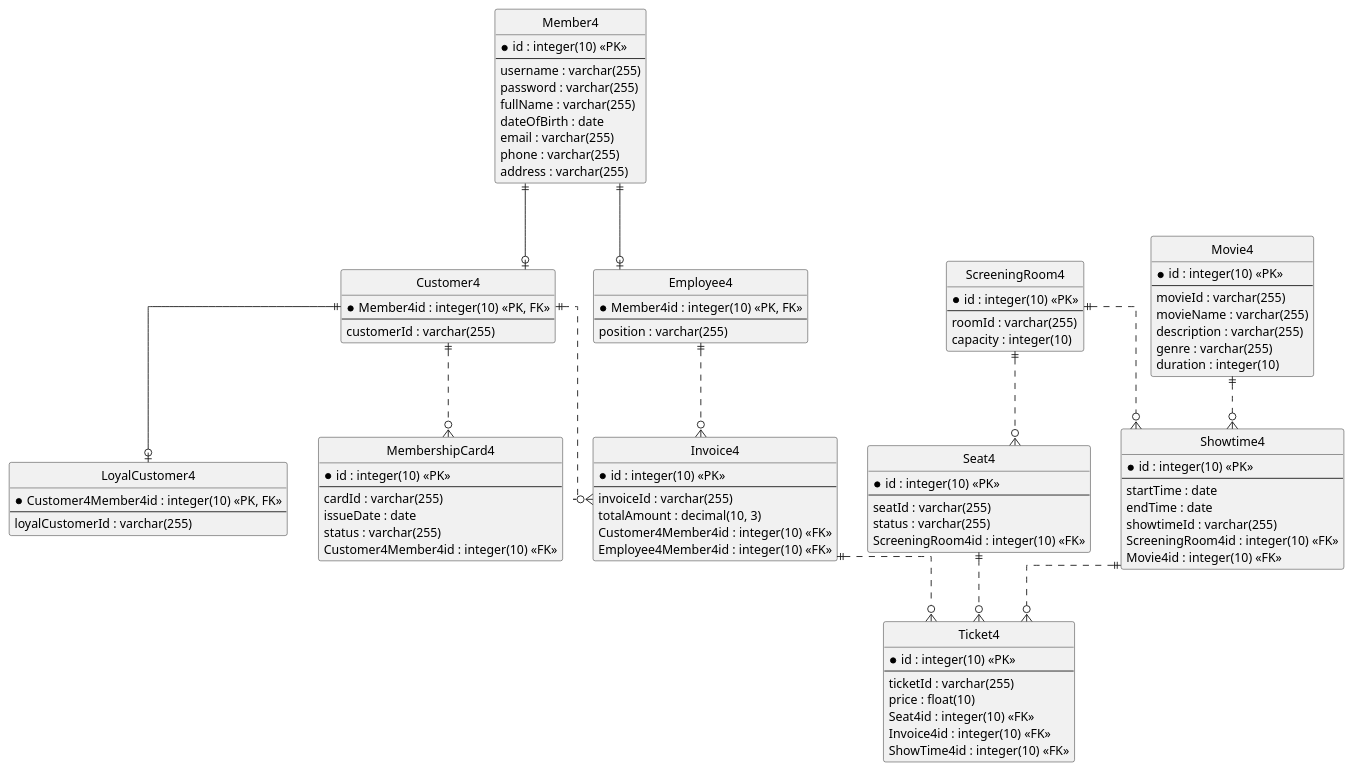
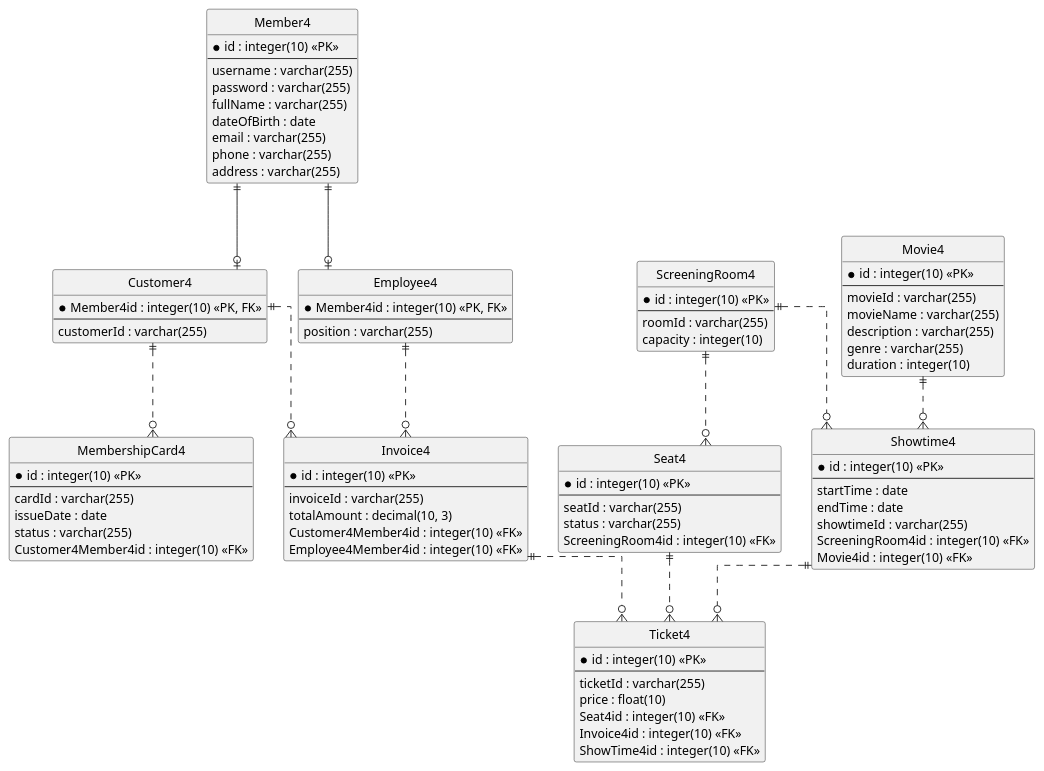
One commit to hnam584/CineMan_13 changed the diagram in PTTK/cosodulieu.puml. Above: the diagram before and after it, drawn with PlantUML. The commit also changed 40 other files, not shown here.

```diff
--- a/PTTK/cosodulieu.puml
+++ b/PTTK/cosodulieu.puml
@@ -1,100 +1,94 @@
 @startuml
 hide circle
 skinparam linetype ortho
 
 entity Member4 {
   * id : integer(10) <<PK>>
   --
   username : varchar(255)
   password : varchar(255)
   fullName : varchar(255)
   dateOfBirth : date
   email : varchar(255)
   phone : varchar(255)
   address : varchar(255)
 }
 entity Customer4 {
   * Member4id : integer(10) <<PK, FK>>
   --
   customerId : varchar(255)
-}
-entity LoyalCustomer4 {
-  * Customer4Member4id : integer(10) <<PK, FK>>
-  --
-  loyalCustomerId : varchar(255)
 }
 entity MembershipCard4 {
   * id : integer(10) <<PK>>
   --
   cardId : varchar(255)
   issueDate : date
   status : varchar(255)
   Customer4Member4id : integer(10) <<FK>>
 }
 entity Employee4 {
   * Member4id : integer(10) <<PK, FK>>
   --
   position : varchar(255)
 }
 entity Movie4 {
   * id : integer(10) <<PK>>
   --
   movieId : varchar(255)
   movieName : varchar(255)
   description : varchar(255)
   genre : varchar(255)
   duration : integer(10)
 }
 entity ScreeningRoom4 {
   * id : integer(10) <<PK>>
   --
   roomId : varchar(255)
   capacity : integer(10)
 }
 entity Seat4 {
   * id : integer(10) <<PK>>
   --
   seatId : varchar(255)
   status : varchar(255)
   ScreeningRoom4id : integer(10) <<FK>>
 }
 entity Showtime4 {
   * id : integer(10) <<PK>>
   --
   startTime : date
   endTime : date
   showtimeId : varchar(255)
   ScreeningRoom4id : integer(10) <<FK>>
   Movie4id : integer(10) <<FK>>
 }
 entity Ticket4 {
   * id : integer(10) <<PK>>
   --
   ticketId : varchar(255)
   price : float(10)
   Seat4id : integer(10) <<FK>>
   Invoice4id : integer(10) <<FK>>
   ShowTime4id : integer(10) <<FK>>
 }
 entity Invoice4 {
   * id : integer(10) <<PK>>
   --
   invoiceId : varchar(255)
   totalAmount : decimal(10, 3)
   Customer4Member4id : integer(10) <<FK>>
   Employee4Member4id : integer(10) <<FK>>
 }
 
 Member4 ||--o| Customer4
 Member4 ||--o| Employee4
-Customer4 ||--o| LoyalCustomer4
 Customer4 ||..o{ MembershipCard4
 ScreeningRoom4 ||..o{ Showtime4
 ScreeningRoom4 ||..o{ Seat4
 Movie4 ||..o{ Showtime4
 Showtime4 ||..o{ Ticket4
 Seat4 ||..o{ Ticket4
 Invoice4 ||..o{ Ticket4
 Customer4 ||..o{ Invoice4
 Employee4 ||..o{ Invoice4
 @enduml
```
